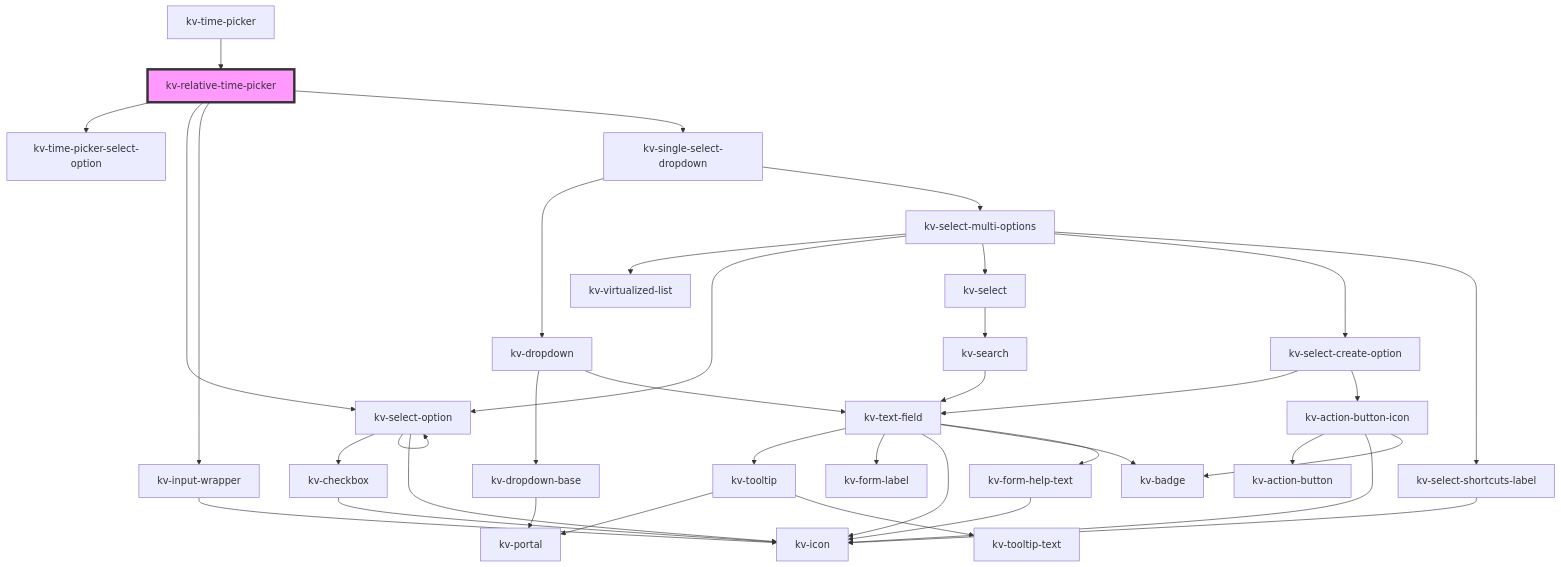
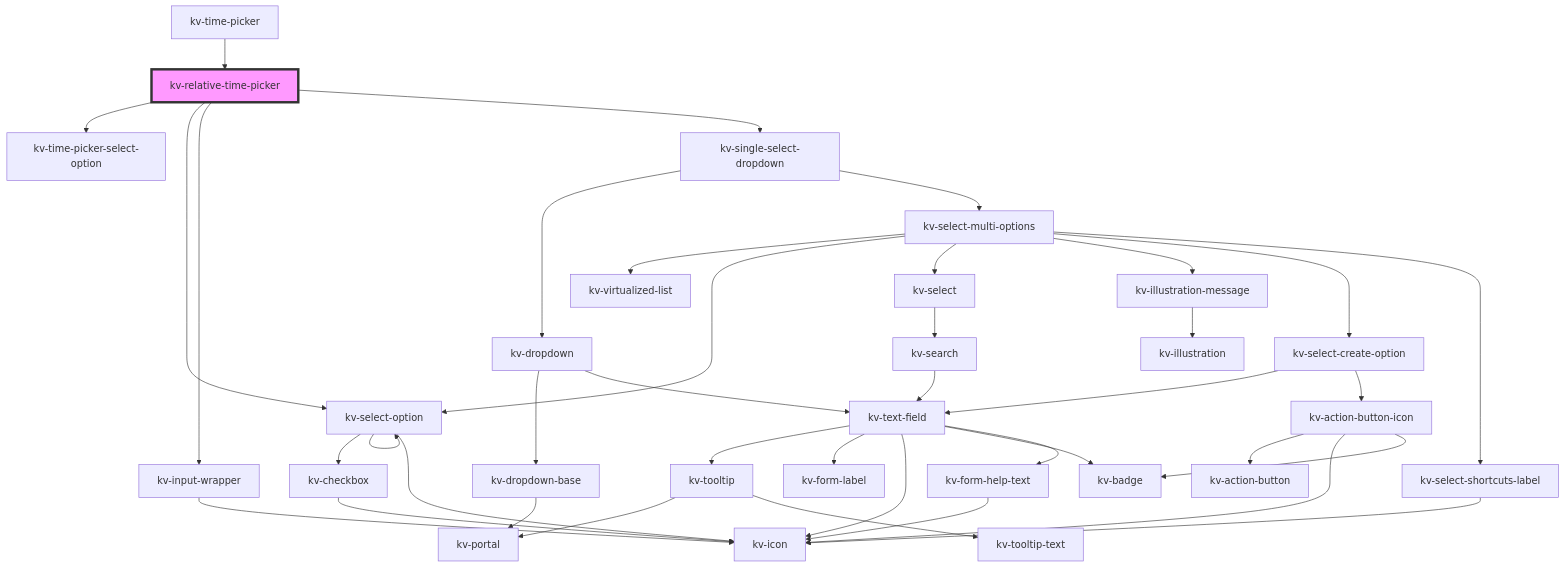
Before and after one commit to kelvininc/ui-components: the diagram in packages/ui-components/src/components/relative-time-picker/readme.md, drawn with Mermaid. The commit also changed 23 other files, not shown here.

````diff
--- a/packages/ui-components/src/components/relative-time-picker/readme.md
+++ b/packages/ui-components/src/components/relative-time-picker/readme.md
@@ -94,40 +94,42 @@
 ```mermaid
 graph TD;
   kv-relative-time-picker --> kv-time-picker-select-option
   kv-relative-time-picker --> kv-select-option
   kv-relative-time-picker --> kv-input-wrapper
   kv-relative-time-picker --> kv-single-select-dropdown
   kv-select-option --> kv-checkbox
   kv-select-option --> kv-icon
   kv-select-option --> kv-select-option
   kv-checkbox --> kv-icon
   kv-input-wrapper --> kv-icon
   kv-single-select-dropdown --> kv-dropdown
   kv-single-select-dropdown --> kv-select-multi-options
   kv-dropdown --> kv-dropdown-base
   kv-dropdown --> kv-text-field
   kv-dropdown-base --> kv-portal
   kv-text-field --> kv-tooltip
   kv-text-field --> kv-form-label
   kv-text-field --> kv-icon
   kv-text-field --> kv-badge
   kv-text-field --> kv-form-help-text
   kv-tooltip --> kv-portal
   kv-tooltip --> kv-tooltip-text
   kv-form-help-text --> kv-icon
   kv-select-multi-options --> kv-virtualized-list
   kv-select-multi-options --> kv-select-option
   kv-select-multi-options --> kv-select
+  kv-select-multi-options --> kv-illustration-message
   kv-select-multi-options --> kv-select-create-option
   kv-select-multi-options --> kv-select-shortcuts-label
   kv-select --> kv-search
   kv-search --> kv-text-field
+  kv-illustration-message --> kv-illustration
   kv-select-create-option --> kv-text-field
   kv-select-create-option --> kv-action-button-icon
   kv-action-button-icon --> kv-action-button
   kv-action-button-icon --> kv-icon
   kv-action-button-icon --> kv-badge
   kv-select-shortcuts-label --> kv-icon
   kv-time-picker --> kv-relative-time-picker
   style kv-relative-time-picker fill:#f9f,stroke:#333,stroke-width:4px
 ```
````
